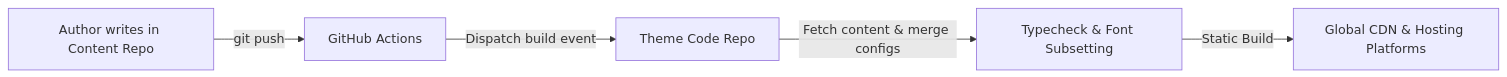
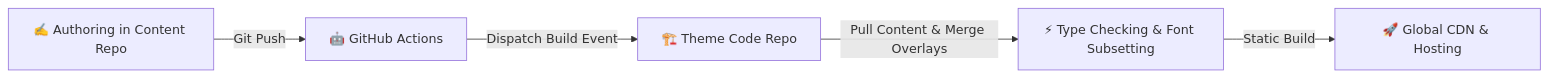
The diagram in docs/en/guide/content-separation/concepts/README.md (LyraVoid/Shirone-Docs), drawn with Mermaid before and after one commit. The commit also changed other lines of this file and 15 other files, not shown here.

````diff
--- a/docs/en/guide/content-separation/concepts/README.md
+++ b/docs/en/guide/content-separation/concepts/README.md
@@ -30,7 +33,7 @@
 ```mermaid
 flowchart LR
-    A[Author writes in Content Repo] -->|git push| B[GitHub Actions]
-    B -->|Dispatch build event| C[Theme Code Repo]
-    C -->|Fetch content & merge configs| D[Typecheck & Font Subsetting]
-    D -->|Static Build| E[Global CDN & Hosting Platforms]
+    A["✍️ Authoring in Content Repo"] -->|Git Push| B["🤖 GitHub Actions"]
+    B -->|Dispatch Build Event| C["🏗️ Theme Code Repo"]
+    C -->|Pull Content & Merge Overlays| D["⚡ Type Checking & Font Subsetting"]
+    D -->|Static Build| E["🚀 Global CDN & Hosting"]
 ```
````
